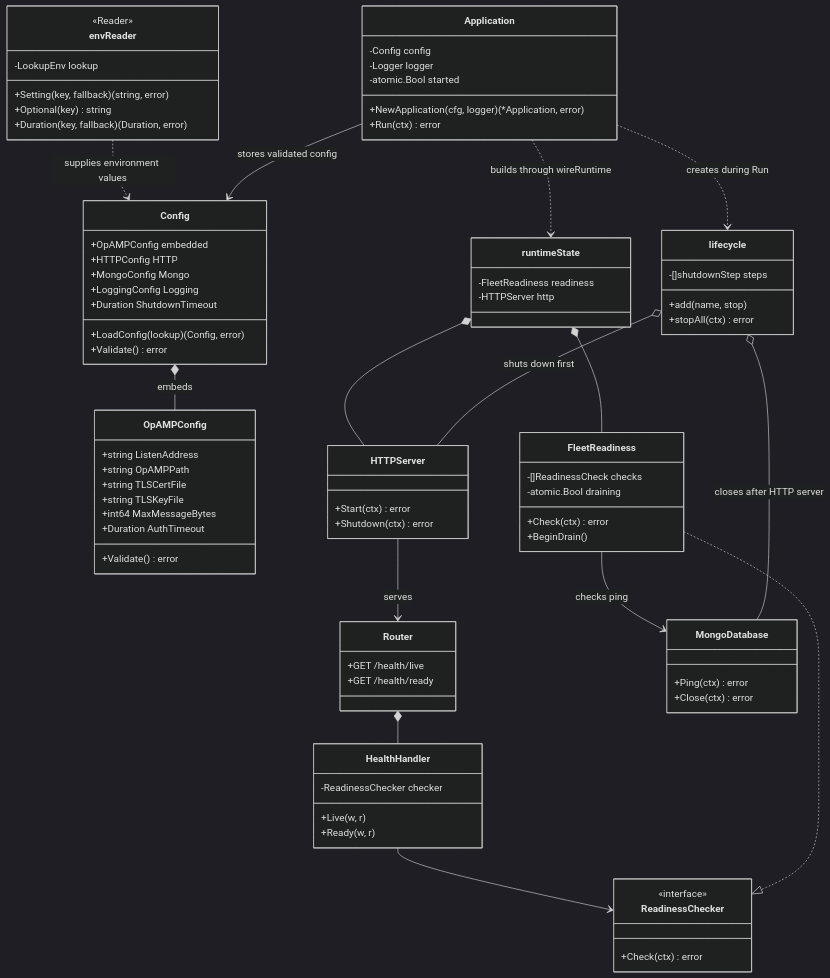
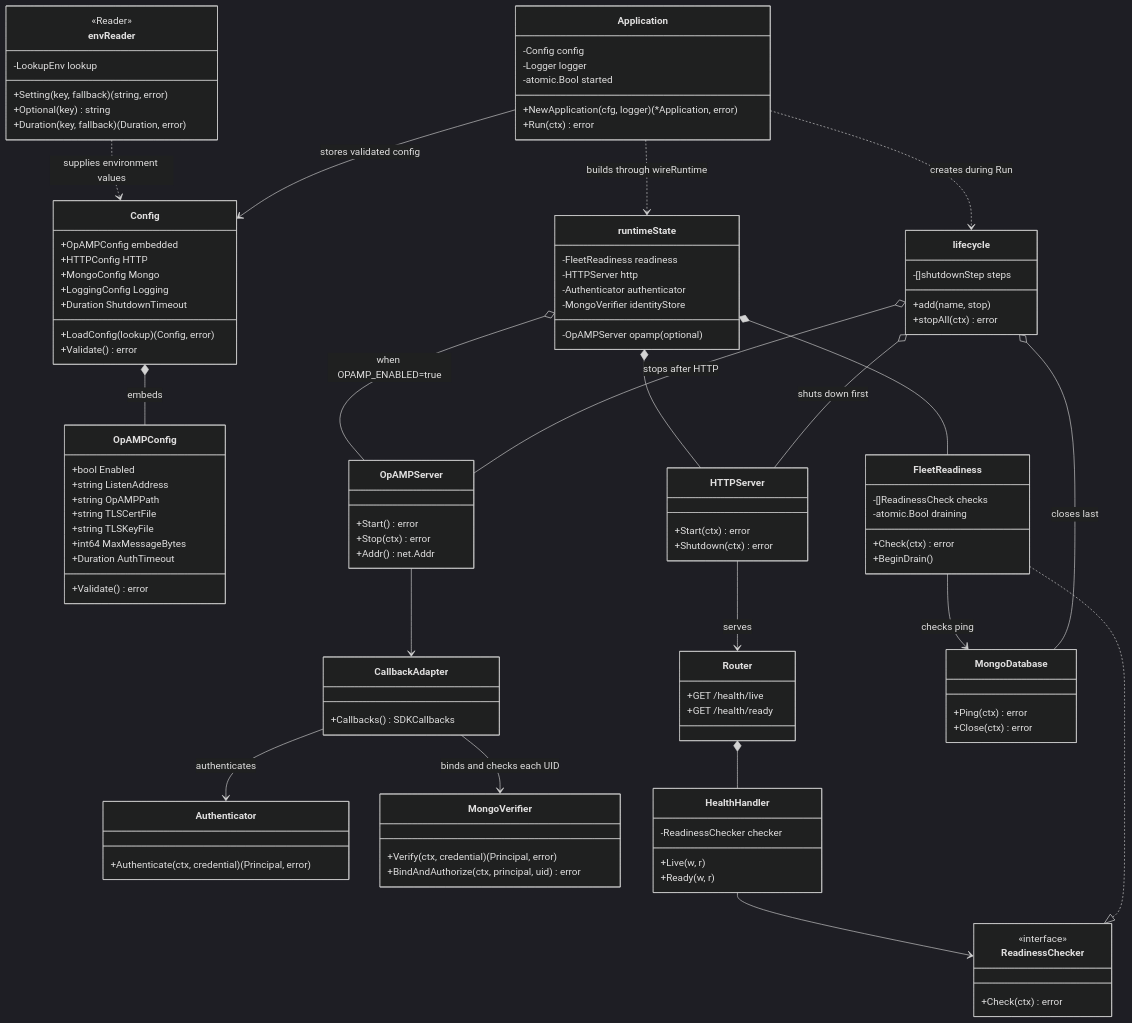
Before and after one commit to AR-IMMS/fleet-manager: the diagram in docs/local/architecture/runtime-configuration-and-application.md, drawn with Mermaid (dark theme). The commit also changed other lines of this file and 4 other files, not shown here.

````diff
--- a/docs/local/architecture/runtime-configuration-and-application.md
+++ b/docs/local/architecture/runtime-configuration-and-application.md
@@ -34,6 +34,7 @@
         +Validate() error
     }
     class OpAMPConfig {
+        +bool Enabled
         +string ListenAddress
         +string OpAMPPath
         +string TLSCertFile
@@ -64,10 +65,28 @@
     class runtimeState {
         -FleetReadiness readiness
         -HTTPServer http
+        -OpAMPServer opamp (optional)
+        -Authenticator authenticator
+        -MongoVerifier identityStore
     }
     class HTTPServer {
         +Start(ctx) error
         +Shutdown(ctx) error
+    }
+    class OpAMPServer {
+        +Start() error
+        +Stop(ctx) error
+        +Addr() net.Addr
+    }
+    class CallbackAdapter {
+        +Callbacks() SDKCallbacks
+    }
+    class Authenticator {
+        +Authenticate(ctx, credential) (Principal, error)
+    }
+    class MongoVerifier {
+        +Verify(ctx, credential) (Principal, error)
+        +BindAndAuthorize(ctx, principal, uid) error
     }
     class Router {
         +GET /health/live
@@ -99,11 +118,16 @@
     Application ..> runtimeState : builds through wireRuntime
     runtimeState *-- FleetReadiness
     runtimeState *-- HTTPServer
+    runtimeState o-- OpAMPServer : when OPAMP_ENABLED=true
+    OpAMPServer --> CallbackAdapter
+    CallbackAdapter --> Authenticator : authenticates
+    CallbackAdapter --> MongoVerifier : binds and checks each UID
     HTTPServer --> Router : serves
     Router *-- HealthHandler
     HealthHandler --> ReadinessChecker
     FleetReadiness ..|> ReadinessChecker
     FleetReadiness --> MongoDatabase : checks ping
-    lifecycle o-- MongoDatabase : closes after HTTP server
+    lifecycle o-- MongoDatabase : closes last
+    lifecycle o-- OpAMPServer : stops after HTTP
     lifecycle o-- HTTPServer : shuts down first
 ```
````
